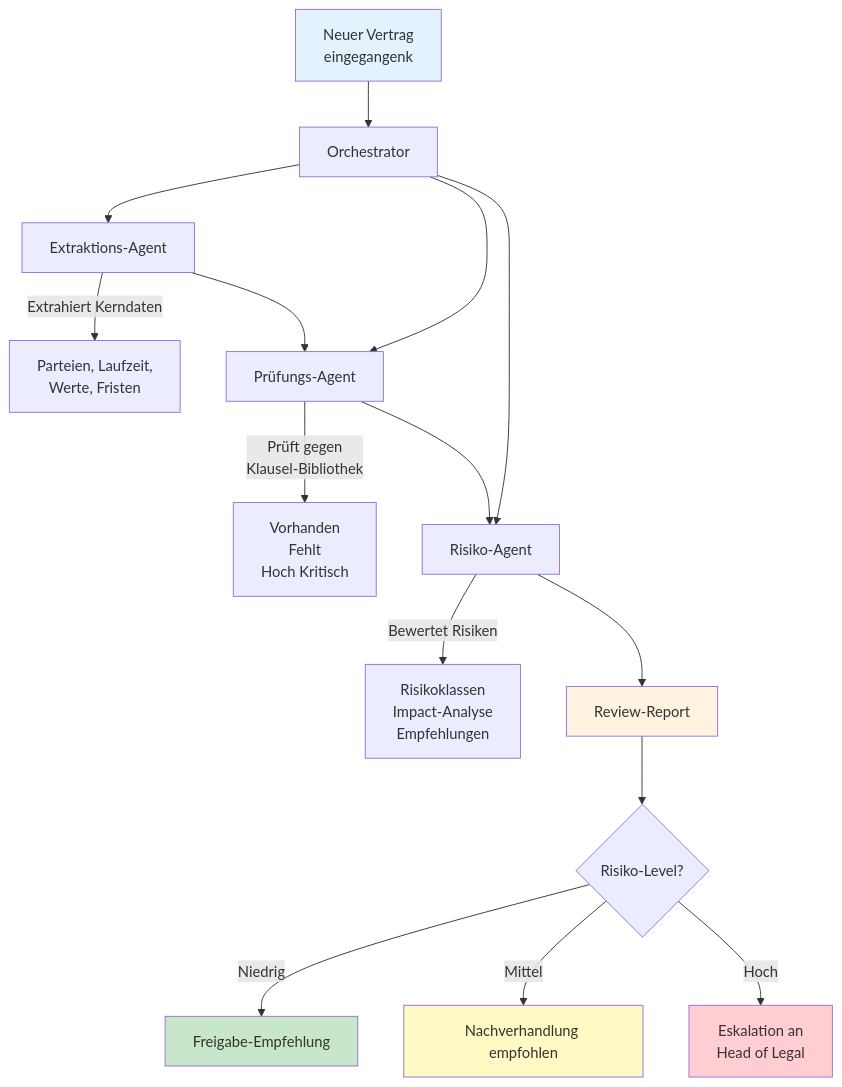
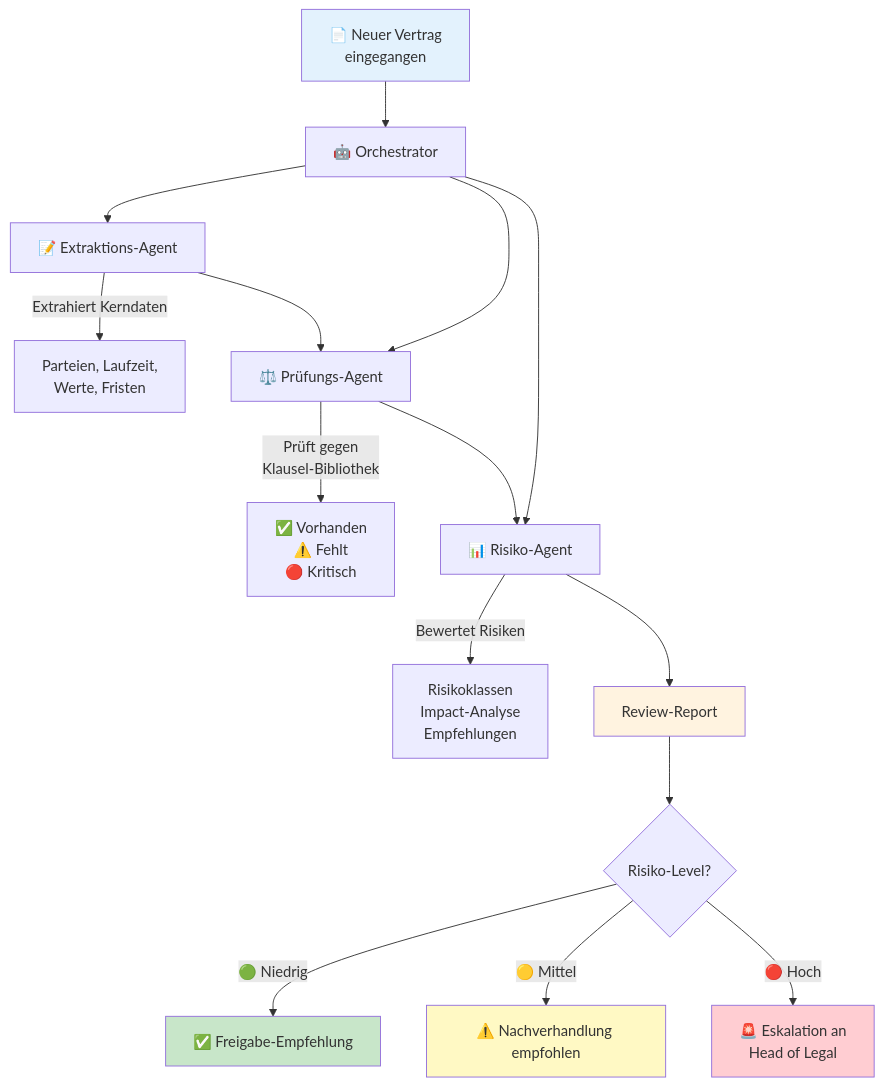
One commit to justinsz/ProPrompt changed the second of 2 diagrams in law_de.md. Above: the diagram before and after it, drawn with Mermaid. The commit also changed other lines of this file and 11 other files, not shown here.

First line of the commit message:
Restore emojis in normal text, keep prompts clean, fix Mermaid syntax

````diff
--- a/law_de.md
+++ b/law_de.md
@@ -324,25 +324,25 @@
 ```mermaid
 flowchart TB
-    A[Neuer Vertrag<br/>eingegangenk] --> B[Orchestrator]
+    A[📄 Neuer Vertrag<br/>eingegangen] --> B[🤖 Orchestrator]
 
-    B --> C[Extraktions-Agent]
-    B --> D[Prüfungs-Agent]
-    B --> E[Risiko-Agent]
+    B --> C[📝 Extraktions-Agent]
+    B --> D[⚖️ Prüfungs-Agent]
+    B --> E[📊 Risiko-Agent]
 
     C --> |Extrahiert Kerndaten| C1[Parteien, Laufzeit,<br/>Werte, Fristen]
     C --> D
-    D --> |Prüft gegen<br/>Klausel-Bibliothek| D1[Vorhanden<br/> Fehlt<br/>Hoch Kritisch]
+    D --> |Prüft gegen<br/>Klausel-Bibliothek| D1[✅ Vorhanden<br/>⚠️ Fehlt<br/>🔴 Kritisch]
     D --> E
     E --> |Bewertet Risiken| E1[Risikoklassen<br/>Impact-Analyse<br/>Empfehlungen]
     E --> F[Review-Report]
     F --> G{Risiko-Level?}
-    G -- Niedrig --> H[Freigabe-Empfehlung]
-    G -- Mittel --> I[Nachverhandlung empfohlen]
-    G -- Hoch --> J[Eskalation an<br/>Head of Legal]
+    G -- 🟢 Niedrig --> H[✅ Freigabe-Empfehlung]
+    G -- 🟡 Mittel --> I[⚠️ Nachverhandlung empfohlen]
+    G -- 🔴 Hoch --> J[🚨 Eskalation an<br/>Head of Legal]
 
     style A fill:#e3f2fd
     style F fill:#fff3e0
     style H fill:#c8e6c9
     style I fill:#fff9c4
     style J fill:#ffcdd2
 ```
````
